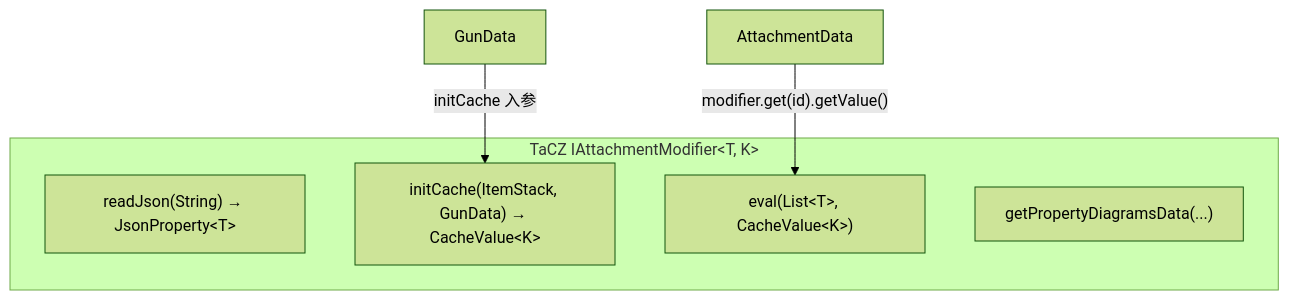
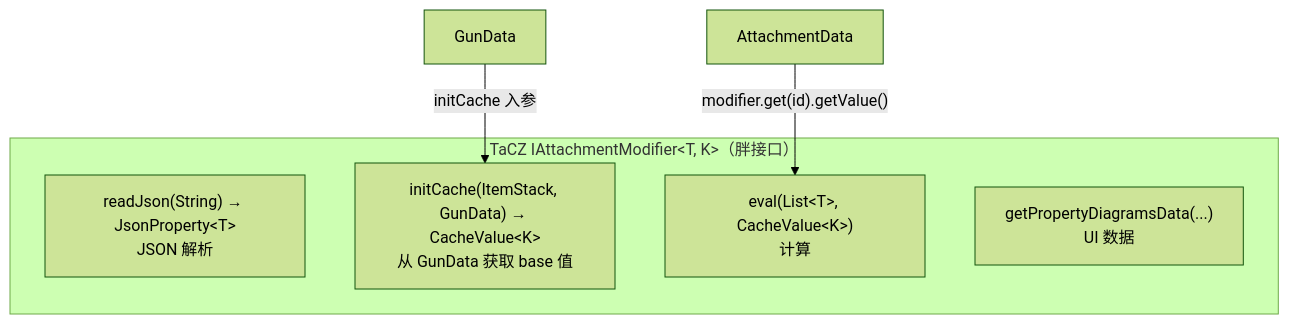
One commit to XColorful/Custom-Gun-Continued changed the first of 5 diagrams in docs/architecture/core/entity/shooter/modifier/design-evolution.md. Above: the diagram before and after it, drawn with Mermaid (forest theme). The commit also changed other lines of this file and 43 other files, not shown here.

Commit message:
refactor: Move getBase out of IAttachmentModifier with interface constraints

````diff
--- a/docs/architecture/core/entity/shooter/modifier/design-evolution.md
+++ b/docs/architecture/core/entity/shooter/modifier/design-evolution.md
@@ -10,12 +10,12 @@
 ```mermaid
 graph TB
-    subgraph "TaCZ IAttachmentModifier&lt;T, K&gt;"
-        READ["readJson(String) → JsonProperty&lt;T&gt;"]
-        INIT["initCache(ItemStack, GunData) → CacheValue&lt;K&gt;"]
-        EVAL["eval(List&lt;T&gt;, CacheValue&lt;K&gt;)"]
-        UI["getPropertyDiagramsData(...)"]
+    subgraph "TaCZ IAttachmentModifier&lt;T, K&gt;（胖接口）"
+        READ["readJson(String) → JsonProperty&lt;T&gt;<br/>JSON 解析"]
+        INIT["initCache(ItemStack, GunData) → CacheValue&lt;K&gt;<br/>从 GunData 获取 base 值"]
+        EVAL_T["eval(List&lt;T&gt;, CacheValue&lt;K&gt;)<br/>计算"]
+        UI["getPropertyDiagramsData(...)<br/>UI 数据"]
     end
 
     GD["GunData"] -->|"initCache 入参"| INIT
-    AD["AttachmentData"] -->|"modifier.get(id).getValue()"| EVAL
+    AD["AttachmentData"] -->|"modifier.get(id).getValue()"| EVAL_T
 ```
````
